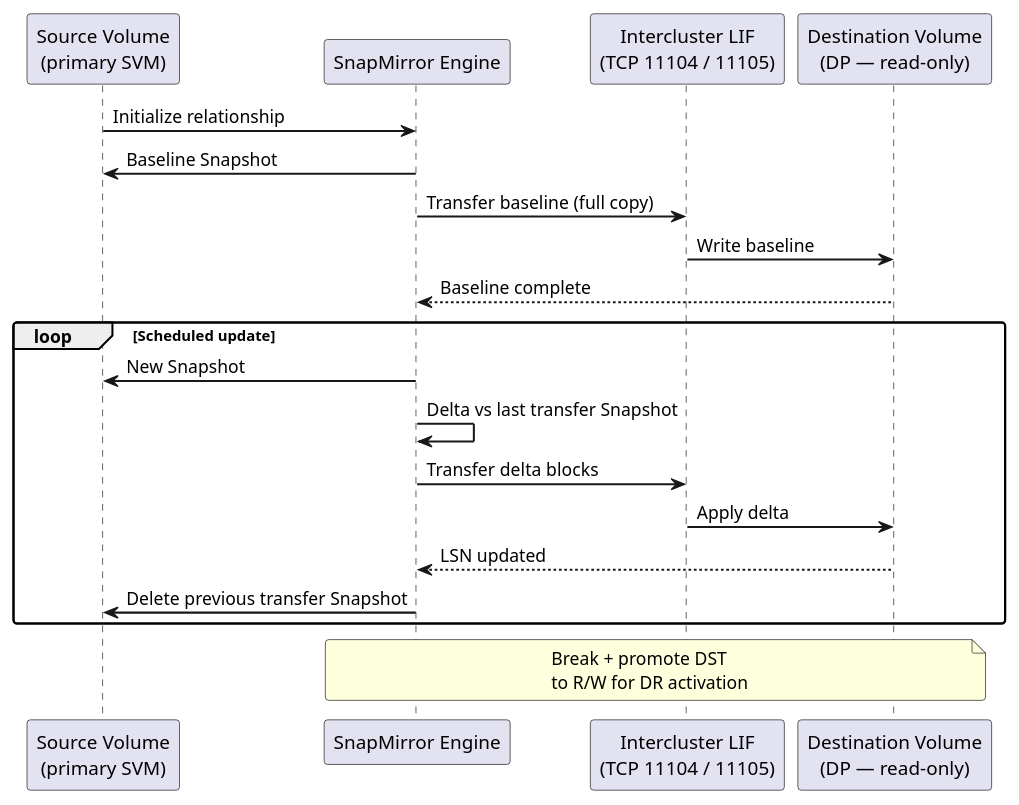
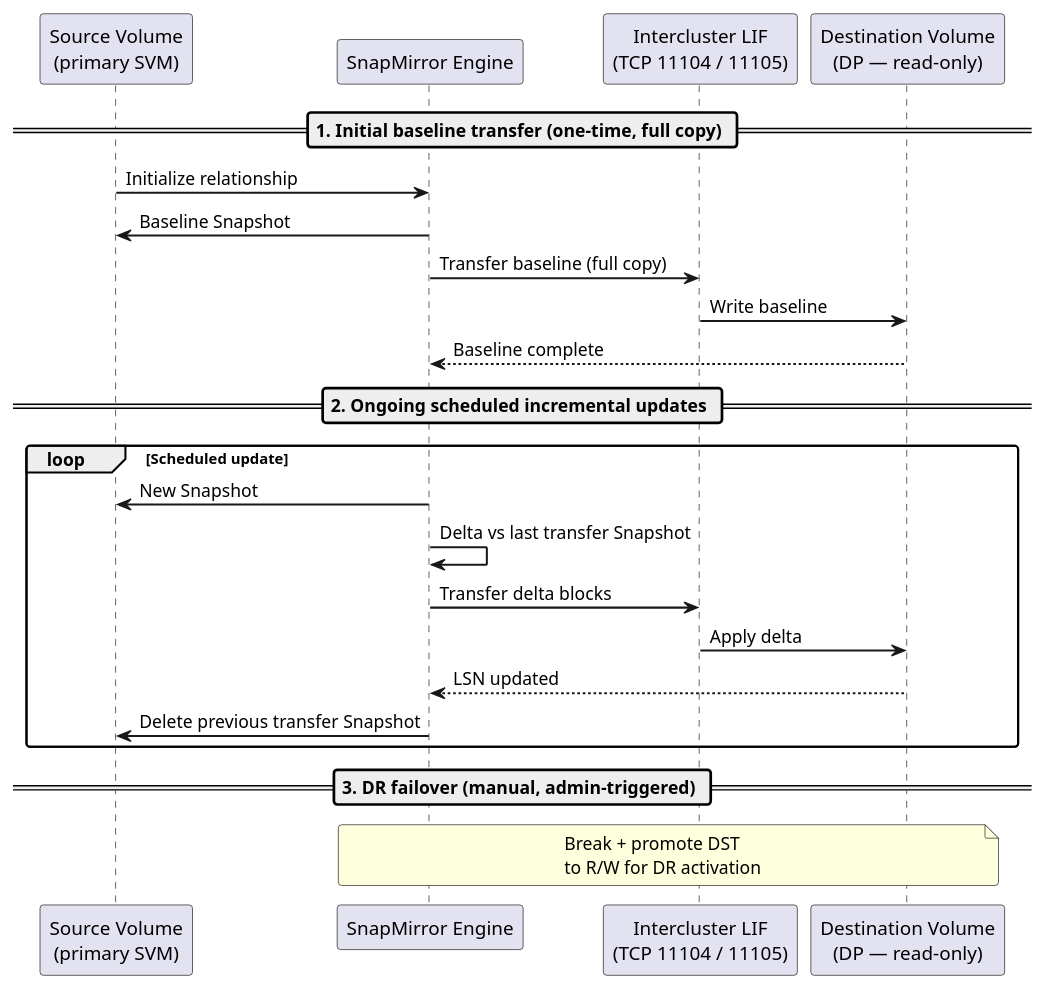
Before and after one commit to canast01/chris-kb: the first of 2 diagrams in docs/storage/products/netapp/snapmirror/architecture/how-it-works.md, drawn with PlantUML. The commit also changed 14 other files, not shown here.

First line of the commit message:
Add phase dividers to PlantUML sequence diagrams mixing unrelated flows; fix PowerMax escalation box-vs-footer overlap

````diff
--- a/docs/storage/products/netapp/snapmirror/architecture/how-it-works.md
+++ b/docs/storage/products/netapp/snapmirror/architecture/how-it-works.md
@@ -16,28 +16,31 @@
 ```plantuml
 @startuml
 skinparam sequenceArrowThickness 1.5
 skinparam roundcorner 5
 
 participant "Source Volume\n(primary SVM)" as SRC
 participant "SnapMirror Engine" as SM
 participant "Intercluster LIF\n(TCP 11104 / 11105)" as NET
 participant "Destination Volume\n(DP — read-only)" as DST
 
+== 1. Initial baseline transfer (one-time, full copy) ==
 SRC -> SM: Initialize relationship
 SM -> SRC: Baseline Snapshot
 SM -> NET: Transfer baseline (full copy)
 NET -> DST: Write baseline
 DST --> SM: Baseline complete
 
+== 2. Ongoing scheduled incremental updates ==
 loop Scheduled update
   SM -> SRC: New Snapshot
   SM -> SM: Delta vs last transfer Snapshot
   SM -> NET: Transfer delta blocks
   NET -> DST: Apply delta
   DST --> SM: LSN updated
   SM -> SRC: Delete previous transfer Snapshot
 end
 
+== 3. DR failover (manual, admin-triggered) ==
 note over SM,DST: Break + promote DST\nto R/W for DR activation
 @enduml
 ```
````
